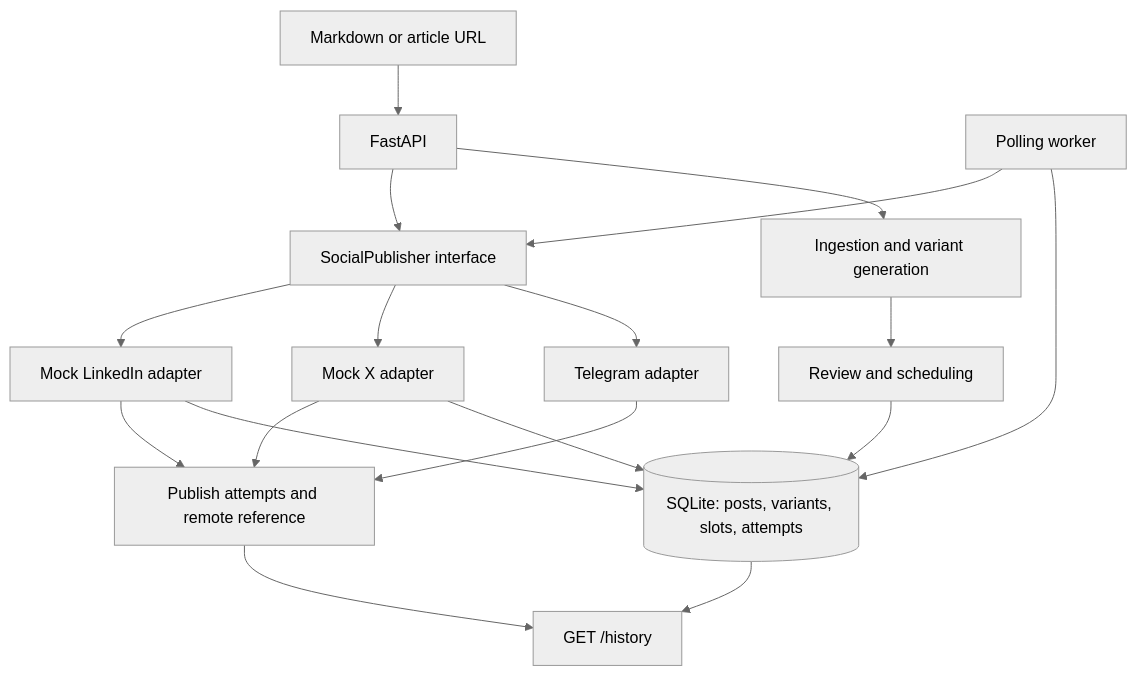
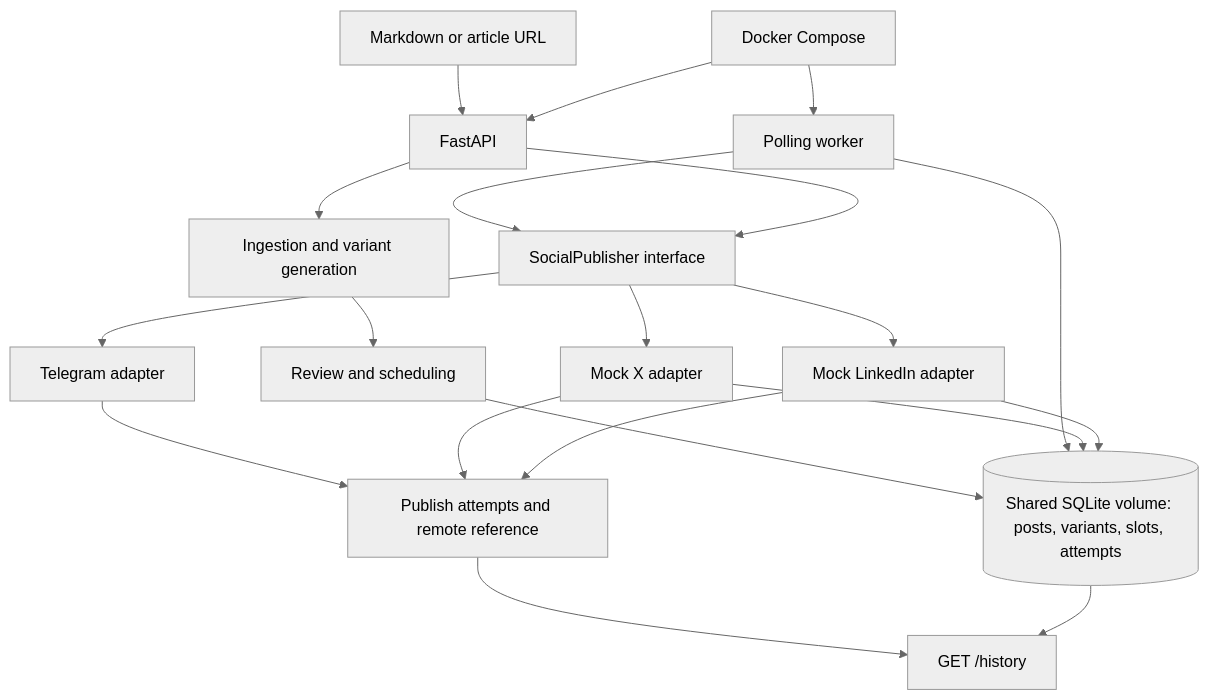
Before and after one commit to LibreTurtle/flyrank-capstone-social-studio: the diagram in README.md, drawn with Mermaid (neutral theme). The commit also changed other lines of this file and 5 other files, not shown here.

````diff
--- a/README.md
+++ b/README.md
@@ -88,20 +78,22 @@
 ```mermaid
 flowchart TD
     Author[Markdown or article URL] --> API[FastAPI]
     API --> Ingest[Ingestion and variant generation]
     Ingest --> Review[Review and scheduling]
-    Review --> DB[(SQLite: posts, variants, slots, attempts)]
-    Worker[Polling worker] --> DB
+    Compose[Docker Compose] --> API
+    Compose --> Worker[Polling worker]
+    Review --> DB[(Shared SQLite volume: posts, variants, slots, attempts)]
+    Worker --> DB
     Worker --> Publisher[SocialPublisher interface]
     API --> Publisher
     Publisher --> Telegram[Telegram adapter]
     Publisher --> MockX[Mock X adapter]
     Publisher --> MockLinkedIn[Mock LinkedIn adapter]
     MockX --> DB
     MockLinkedIn --> DB
     Telegram --> History[Publish attempts and remote reference]
     MockX --> History
     MockLinkedIn --> History
     History --> Endpoint[GET /history]
     DB --> Endpoint
 ```
````
